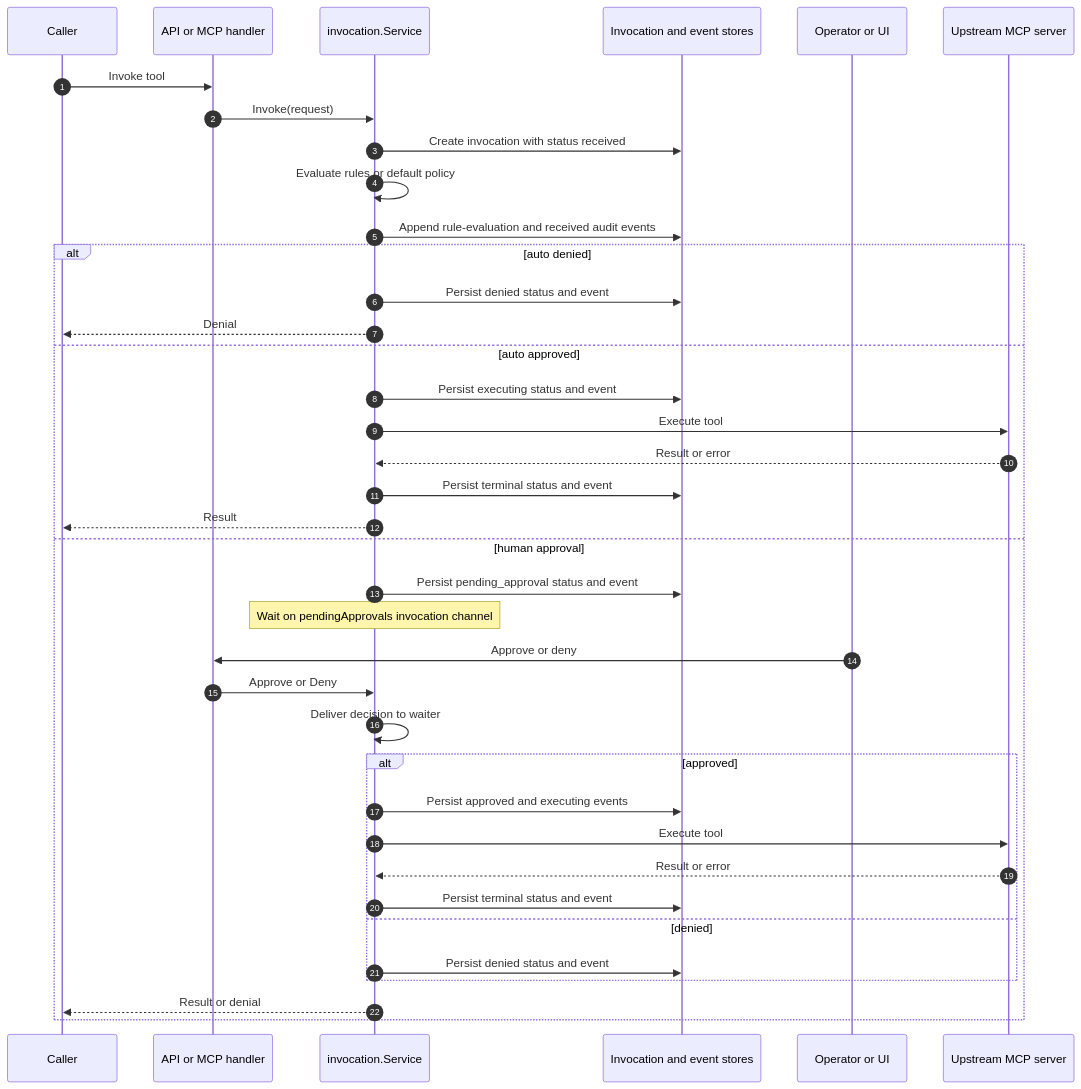
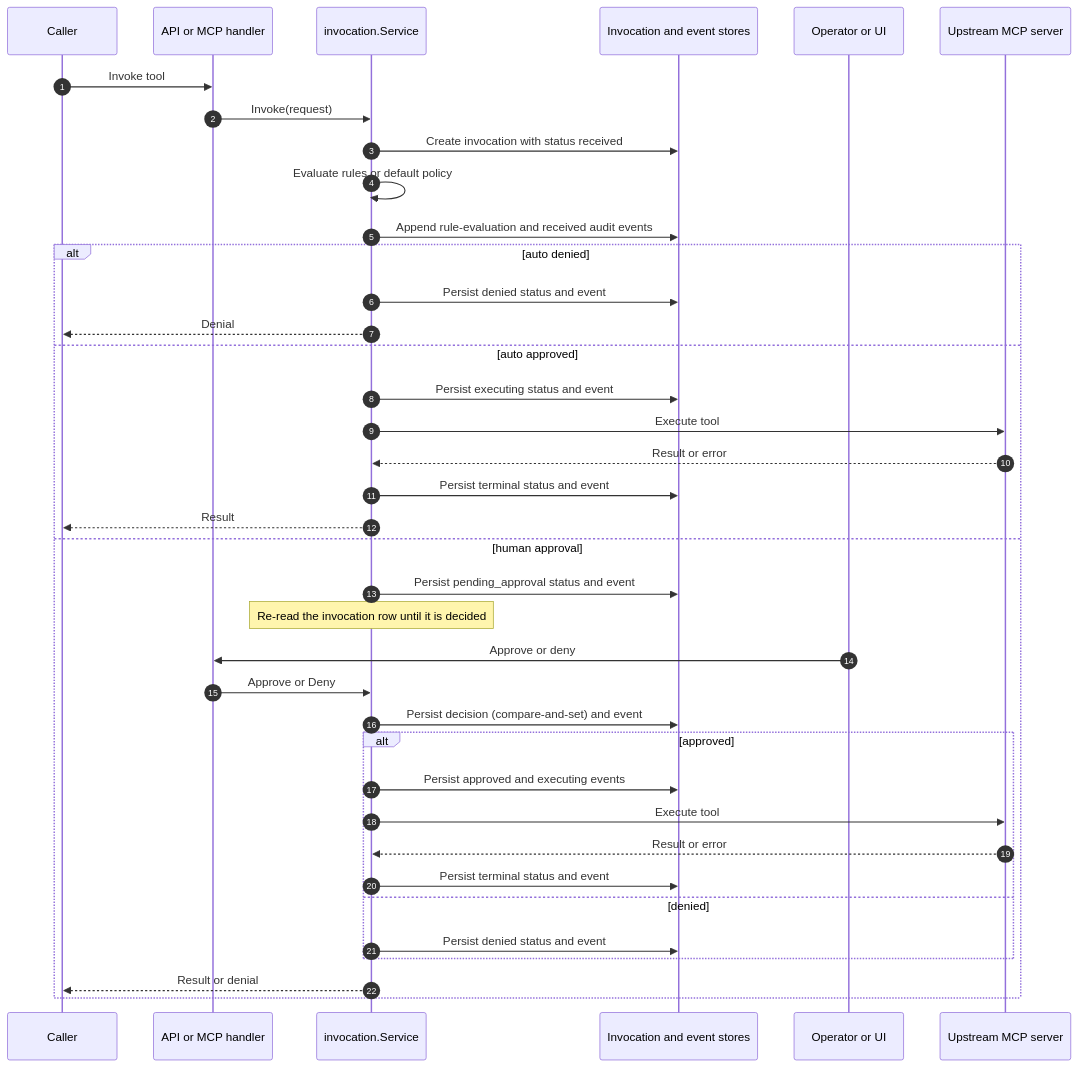
The third of 5 diagrams in docs/architecture.md (validmind/atryum), drawn with Mermaid before and after one commit. The commit also changed other lines of this file and 17 other files, not shown here.

````diff
--- a/docs/architecture.md
+++ b/docs/architecture.md
@@ -145,41 +139,41 @@
 ```mermaid
 sequenceDiagram
     autonumber
     participant Caller
     participant API as API or MCP handler
     participant Service as invocation.Service
     participant Store as Invocation and event stores
     participant Operator as Operator or UI
     participant MCP as Upstream MCP server
 
     Caller->>API: Invoke tool
     API->>Service: Invoke(request)
     Service->>Store: Create invocation with status received
     Service->>Service: Evaluate rules or default policy
     Service->>Store: Append rule-evaluation and received audit events
     alt auto denied
         Service->>Store: Persist denied status and event
         Service-->>Caller: Denial
     else auto approved
         Service->>Store: Persist executing status and event
         Service->>MCP: Execute tool
         MCP-->>Service: Result or error
         Service->>Store: Persist terminal status and event
         Service-->>Caller: Result
     else human approval
         Service->>Store: Persist pending_approval status and event
-        Note over Service: Wait on pendingApprovals invocation channel
+        Note over Service: Re-read the invocation row until it is decided
         Operator->>API: Approve or deny
         API->>Service: Approve or Deny
-        Service->>Service: Deliver decision to waiter
+        Service->>Store: Persist decision (compare-and-set) and event
         alt approved
             Service->>Store: Persist approved and executing events
             Service->>MCP: Execute tool
             MCP-->>Service: Result or error
             Service->>Store: Persist terminal status and event
         else denied
             Service->>Store: Persist denied status and event
         end
         Service-->>Caller: Result or denial
     end
 ```
````
